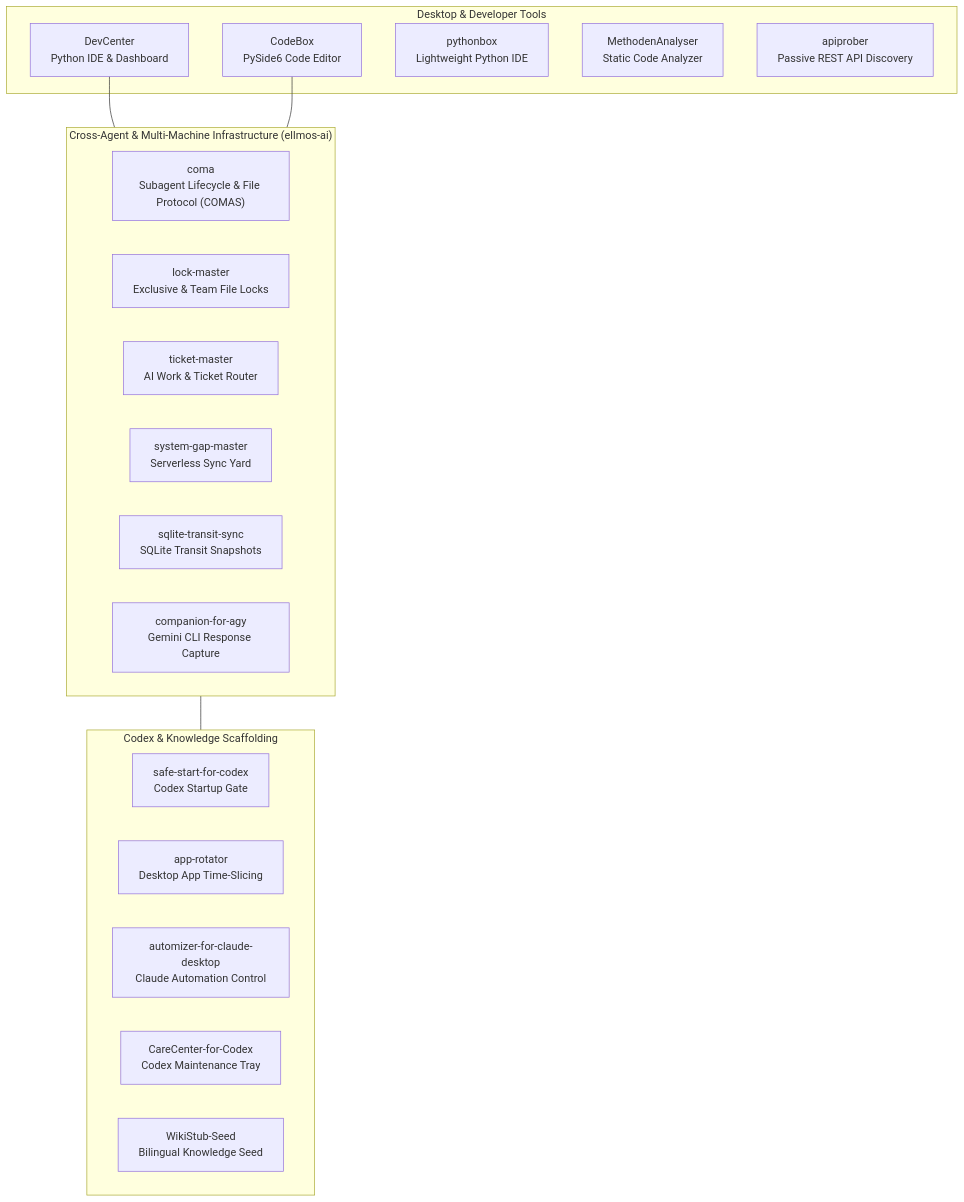
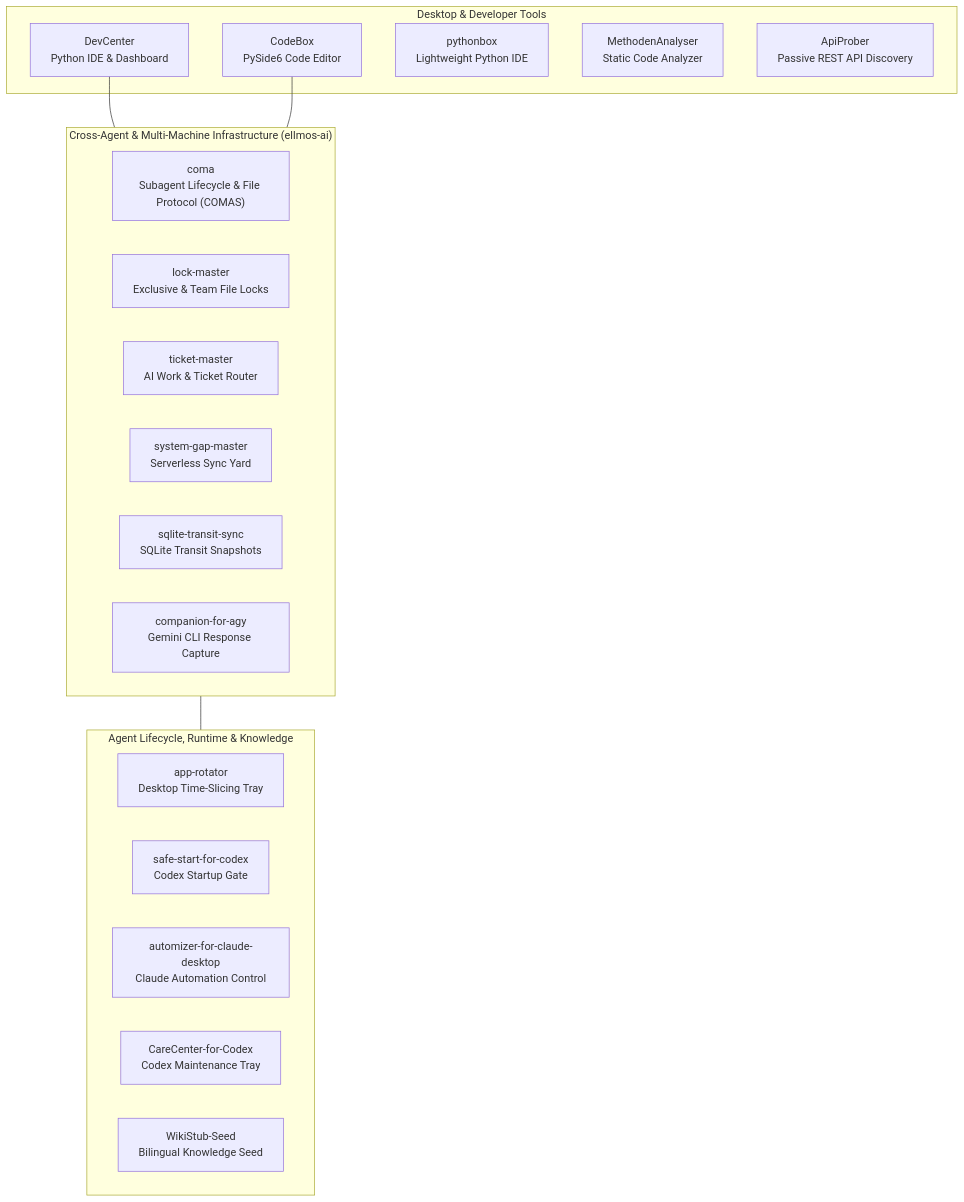
One commit to dev-bricks/.github changed the diagram in profile/README.md. Above: the diagram before and after it, drawn with Mermaid. The commit also changed other lines of this file and 7 other files, not shown here.

Commit message:
docs(profile): update dev-bricks landing page, add app-rotator banner and parity test suite [2026-09-09]

````diff
--- a/profile/README.md
+++ b/profile/README.md
@@ -104,31 +116,31 @@
 ```mermaid
 flowchart TD
   subgraph IDE["Desktop & Developer Tools"]
     DC["DevCenter<br/>Python IDE & Dashboard"]
     CB["CodeBox<br/>PySide6 Code Editor"]
     PB["pythonbox<br/>Lightweight Python IDE"]
     MA["MethodenAnalyser<br/>Static Code Analyzer"]
-    AP["apiprober<br/>Passive REST API Discovery"]
+    AP["ApiProber<br/>Passive REST API Discovery"]
   end
 
   subgraph INFRA["Cross-Agent & Multi-Machine Infrastructure (ellmos-ai)"]
     COM["coma<br/>Subagent Lifecycle & File Protocol (COMAS)"]
     LM["lock-master<br/>Exclusive & Team File Locks"]
     TM["ticket-master<br/>AI Work & Ticket Router"]
     SGM["system-gap-master<br/>Serverless Sync Yard"]
     STS["sqlite-transit-sync<br/>SQLite Transit Snapshots"]
     AGY["companion-for-agy<br/>Gemini CLI Response Capture"]
   end
 
-  subgraph AGENT["Codex & Knowledge Scaffolding"]
+  subgraph AGENT["Agent Lifecycle, Runtime & Knowledge"]
+    AR["app-rotator<br/>Desktop Time-Slicing Tray"]
     SSC["safe-start-for-codex<br/>Codex Startup Gate"]
-    APR["app-rotator<br/>Desktop App Time-Slicing"]
     ACD["automizer-for-claude-desktop<br/>Claude Automation Control"]
     CCC["CareCenter-for-Codex<br/>Codex Maintenance Tray"]
     WSS["WikiStub-Seed<br/>Bilingual Knowledge Seed"]
   end
 
   DC --- INFRA
   CB --- INFRA
   INFRA --- AGENT
 ```
````
